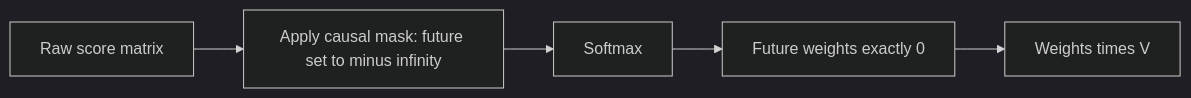
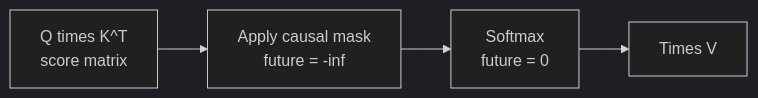
One commit to kaisarnajar/outcome-school-blogs changed the first of 2 diagrams in notes/step-03-generative-ai-and-the-transformer-architecture/057-causal-masking-in-attention.md. Above: the diagram before and after it, drawn with Mermaid (dark theme). The commit also changed other lines of this file and 233 other files, not shown here.

````diff
--- a/notes/step-03-generative-ai-and-the-transformer-architecture/057-causal-masking-in-attention.md
+++ b/notes/step-03-generative-ai-and-the-transformer-architecture/057-causal-masking-in-attention.md
@@ -45,7 +68,6 @@
 ```mermaid
 flowchart LR
-    A["Raw score matrix"] --> B["Apply causal mask: future set to minus infinity"]
-    B --> C["Softmax"]
-    C --> D["Future weights exactly 0"]
-    D --> E["Weights times V"]
+    S1["Q times K^T<br/>score matrix"] --> S2["Apply causal mask<br/>future = -inf"]
+    S2 --> S3["Softmax<br/>future = 0"]
+    S3 --> S4["Times V"]
 ```
````
